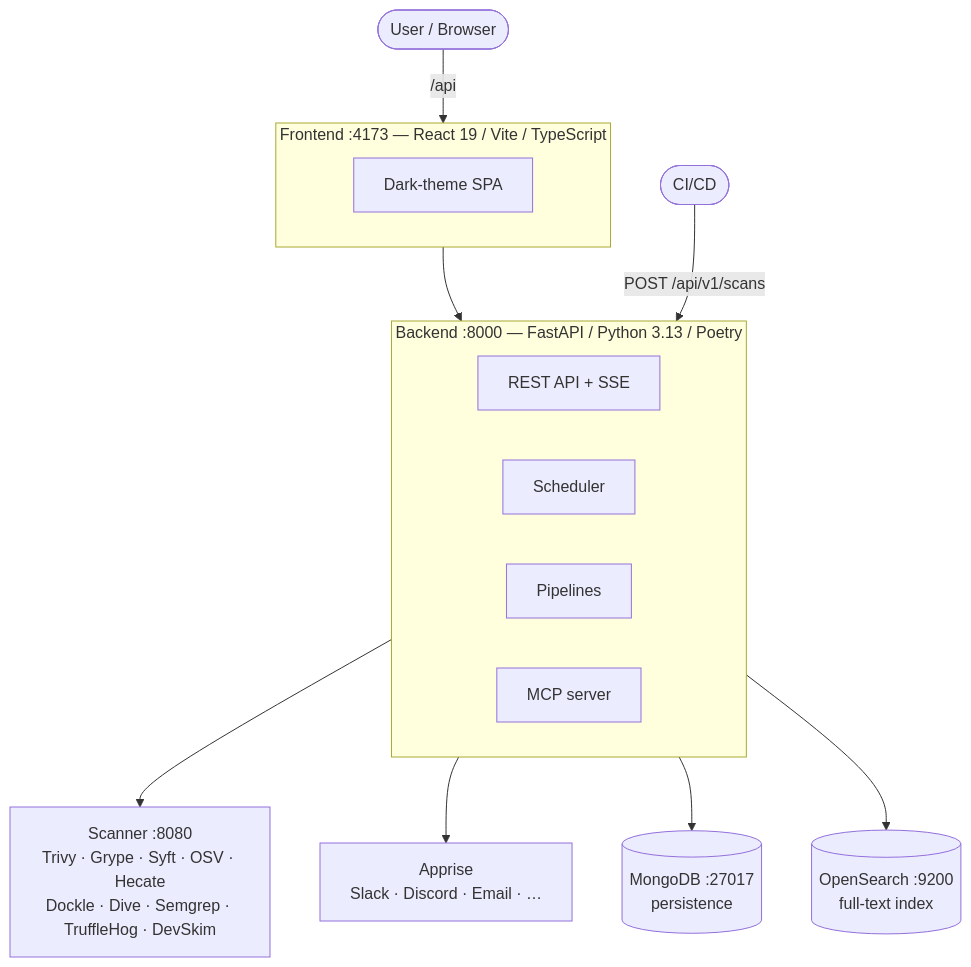
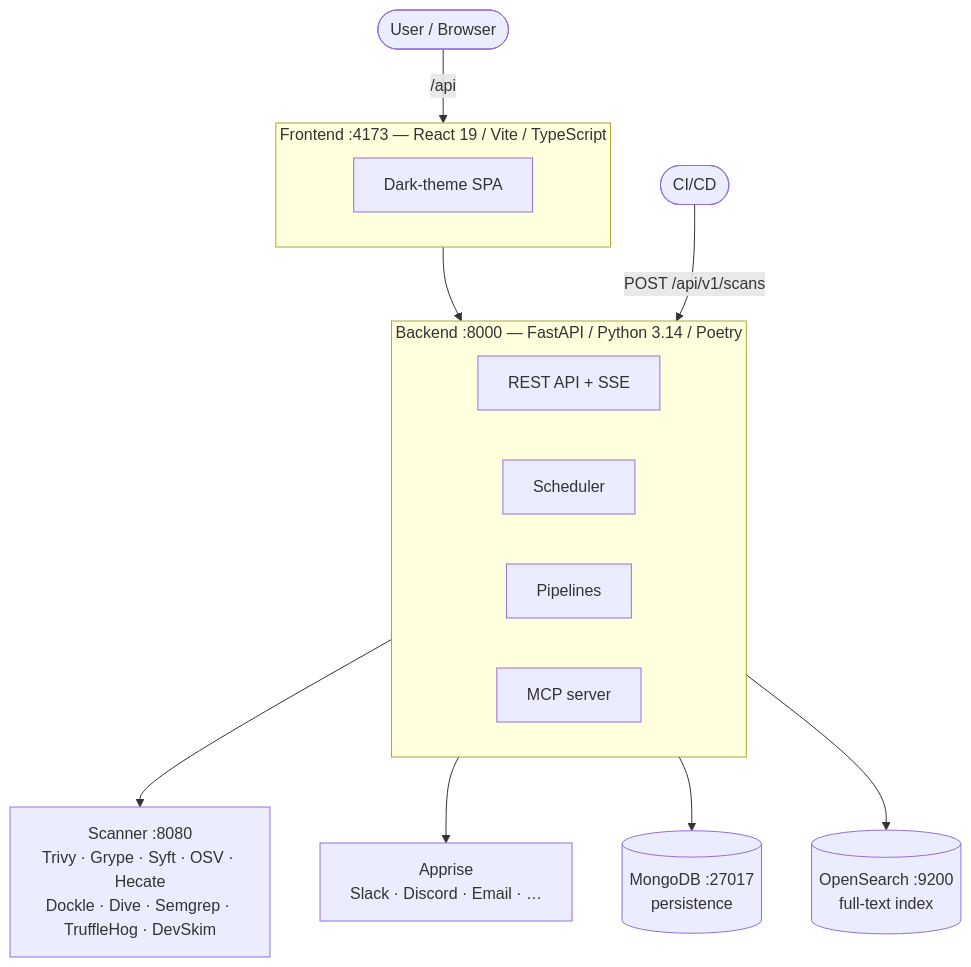
The diagram in docs/architecture.md (0x3e4/hecate), drawn with Mermaid before and after one commit. The commit also changed other lines of this file and 15 other files, not shown here.

````diff
--- a/docs/architecture.md
+++ b/docs/architecture.md
@@ -17,30 +17,30 @@
 ```mermaid
 flowchart TB
     User([User / Browser])
     CICD([CI/CD])
 
     subgraph FE["Frontend :4173 — React 19 / Vite / TypeScript"]
         SPA[Dark-theme SPA]
     end
 
-    subgraph BE["Backend :8000 — FastAPI / Python 3.13 / Poetry"]
+    subgraph BE["Backend :8000 — FastAPI / Python 3.14 / Poetry"]
         API[REST API + SSE]
         Sched[Scheduler]
         Pipe[Pipelines]
         MCP[MCP server]
     end
 
     Scanner["Scanner :8080<br/>Trivy · Grype · Syft · OSV · Hecate<br/>Dockle · Dive · Semgrep · TruffleHog · DevSkim"]
     Apprise["Apprise<br/>Slack · Discord · Email · …"]
 
     Mongo[("MongoDB :27017<br/>persistence")]
     OS[("OpenSearch :9200<br/>full-text index")]
 
     User -- "/api" --> FE
     FE --> BE
     CICD -- "POST /api/v1/scans" --> BE
     BE --> Scanner
     BE --> Apprise
     BE --> Mongo
     BE --> OS
 ```
````
